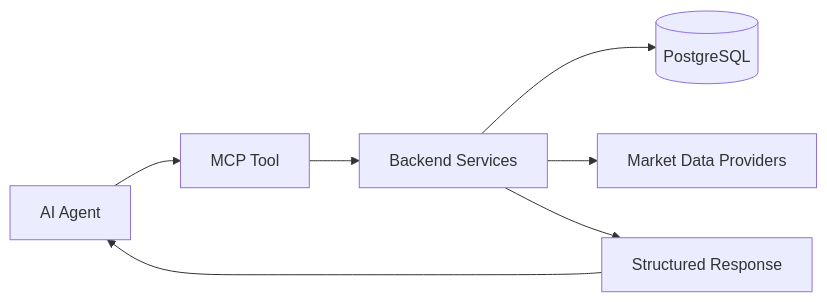
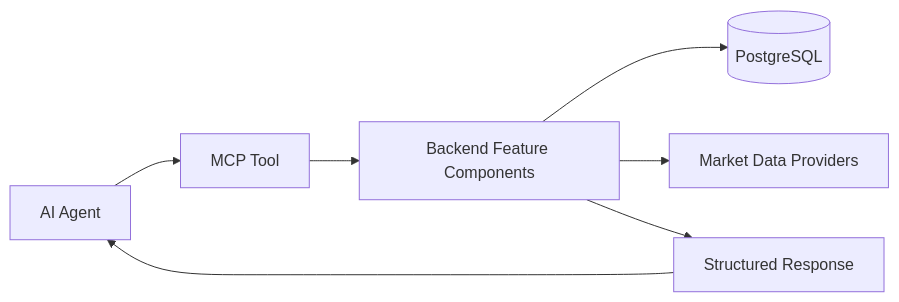
Before and after one commit to finsight-org/finsight: the third of 4 diagrams in docs/architecture.md, drawn with Mermaid. The commit also changed other lines of this file and 35 other files, not shown here.

````diff
--- a/docs/architecture.md
+++ b/docs/architecture.md
@@ -201,16 +201,16 @@
 ```mermaid
 flowchart LR
     Agent[AI Agent]
     Tool[MCP Tool]
-    Services[Backend Services]
+    Features[Backend Feature Components]
     DB[(PostgreSQL)]
     Provider[Market Data Providers]
     Response[Structured Response]
 
     Agent --> Tool
-    Tool --> Services
-    Services --> DB
-    Services --> Provider
-    Services --> Response
+    Tool --> Features
+    Features --> DB
+    Features --> Provider
+    Features --> Response
     Response --> Agent
 ```
````
